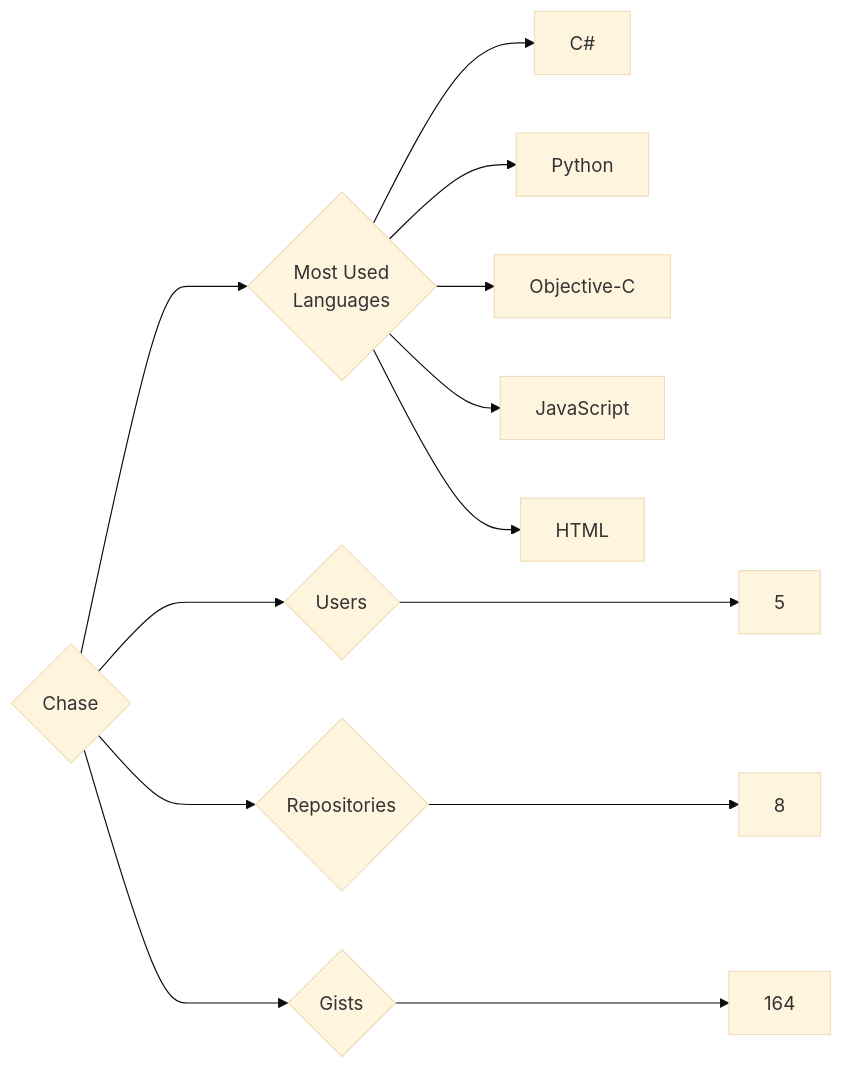
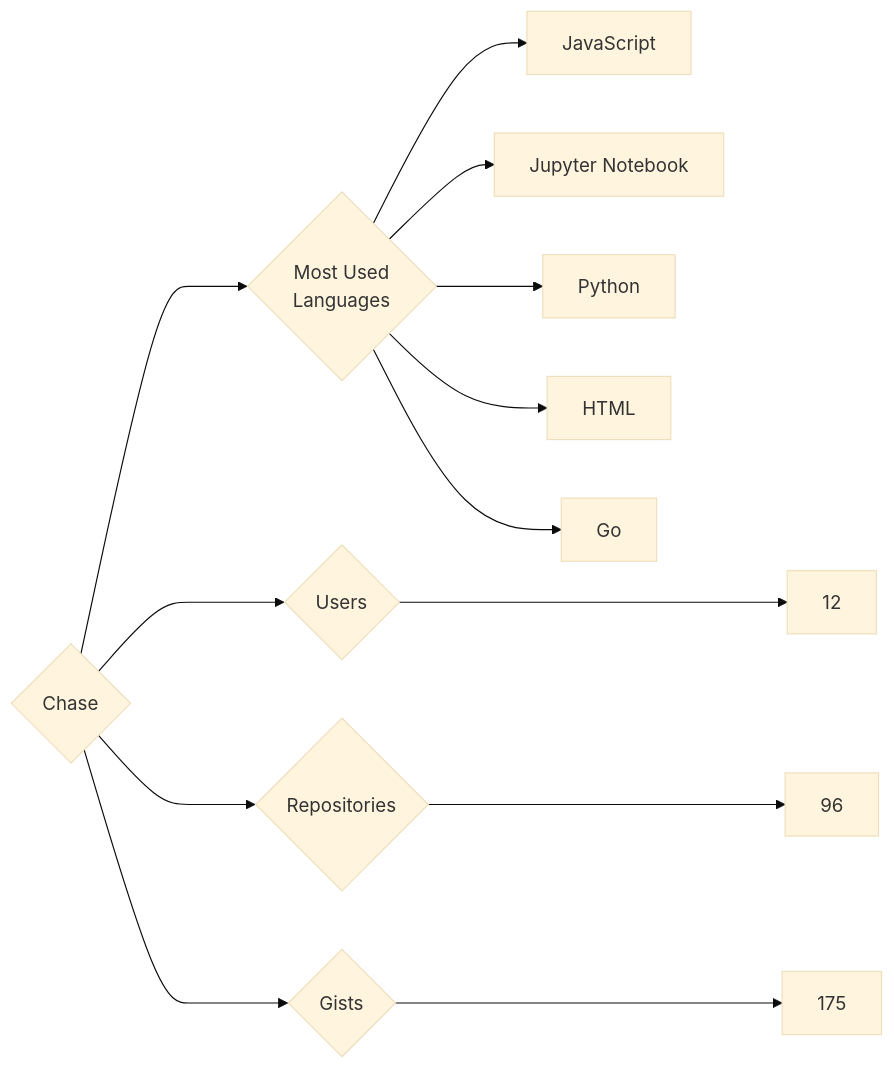
Before and after one commit to trickest/insiders: the diagram in targets/Chase/README.md, drawn with Mermaid (base theme). The commit also changed 1055 other files, not shown here.

````diff
--- a/targets/Chase/README.md
+++ b/targets/Chase/README.md
@@ -3,13 +3,13 @@
 ```mermaid
 graph LR
 COMPANY_NAME{Chase}
-COMPANY_NAME ---> U{Users} ---> UN[5]
-COMPANY_NAME ---> R{Repositories} ---> RN[8]
-COMPANY_NAME ---> G{Gists} ---> GN[164]
+COMPANY_NAME ---> U{Users} ---> UN[12]
+COMPANY_NAME ---> R{Repositories} ---> RN[96]
+COMPANY_NAME ---> G{Gists} ---> GN[175]
 COMPANY_NAME ---> ML{Most Used<br>Languages}
-ML --> C#[C#]
+ML --> JavaScript[JavaScript]
+ML --> Jupyter_Notebook[Jupyter Notebook]
 ML --> Python[Python]
-ML --> Objective-C[Objective-C]
-ML --> JavaScript[JavaScript]
 ML --> HTML[HTML]
+ML --> Go[Go]
 ```
````
